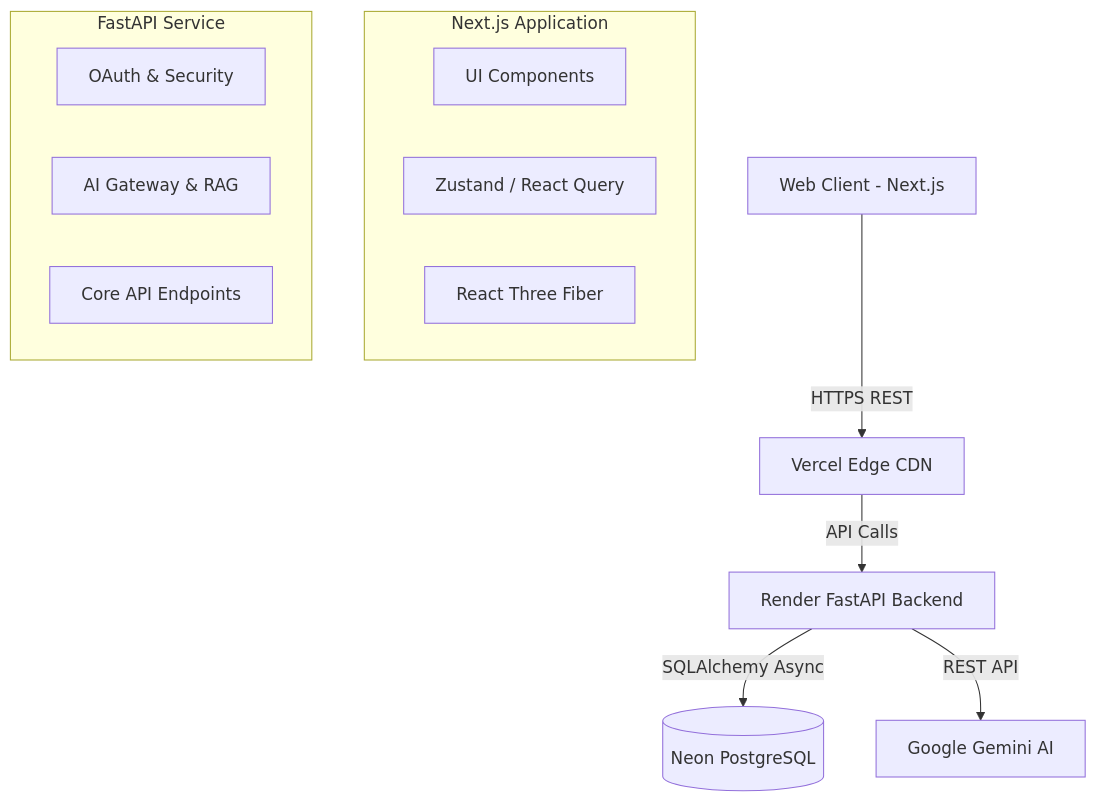
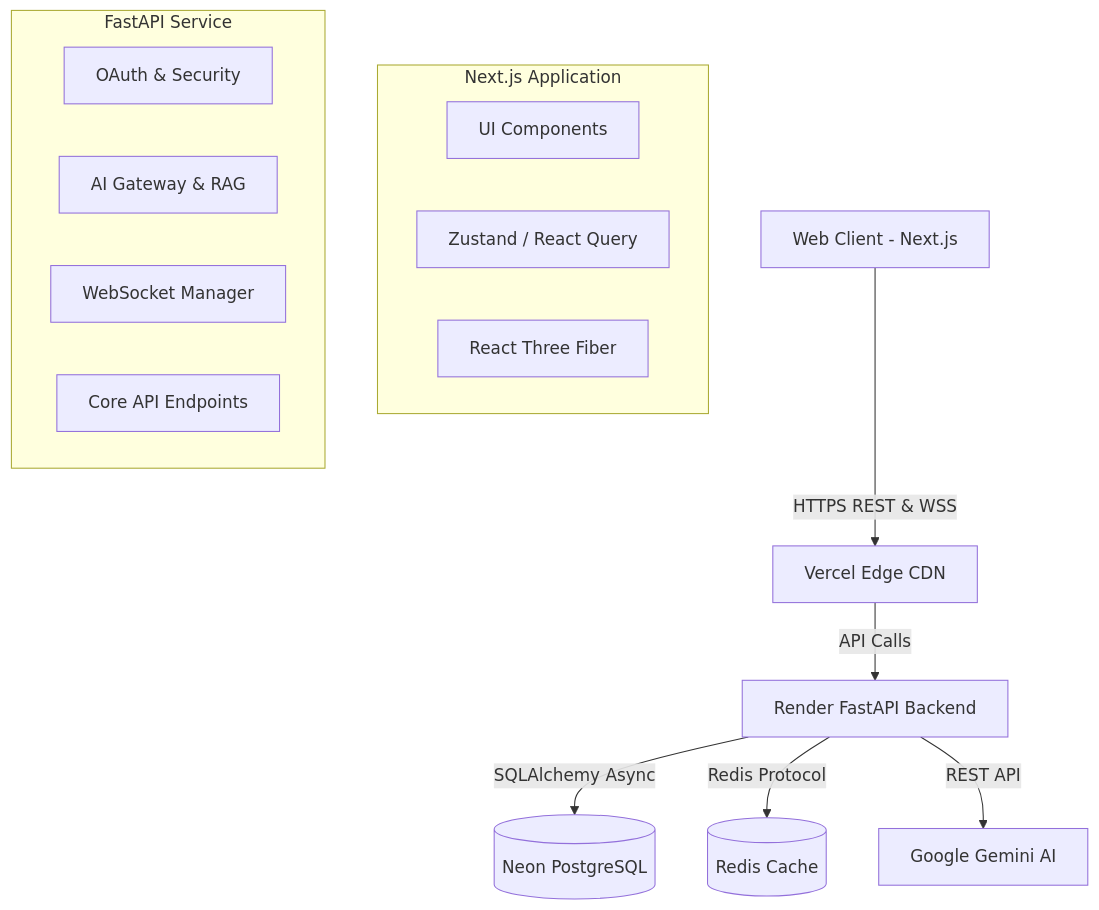
The first of 2 diagrams in README.md (Vaibhav-Rajput-connect/InterviewOS), drawn with Mermaid before and after one commit. The commit also changed other lines of this file, not shown here.

````diff
--- a/README.md
+++ b/README.md
@@ -38,20 +51,22 @@
 ```mermaid
 graph TD
-    Client[Web Client - Next.js] -->|HTTPS REST| Vercel[Vercel Edge CDN]
+    Client[Web Client - Next.js] -->|HTTPS REST & WSS| Vercel[Vercel Edge CDN]
     Vercel -->|API Calls| Render[Render FastAPI Backend]
     
     Render -->|SQLAlchemy Async| DB[(Neon PostgreSQL)]
+    Render -->|Redis Protocol| Cache[(Redis Cache)]
     Render -->|REST API| Gemini[Google Gemini AI]
     
     subgraph Frontend [Next.js Application]
         UI[UI Components]
         State[Zustand / React Query]
         WebGL[React Three Fiber]
     end
     
     subgraph Backend [FastAPI Service]
         Auth[OAuth & Security]
         AI[AI Gateway & RAG]
+        Sockets[WebSocket Manager]
         Core[Core API Endpoints]
     end
 ```
````
